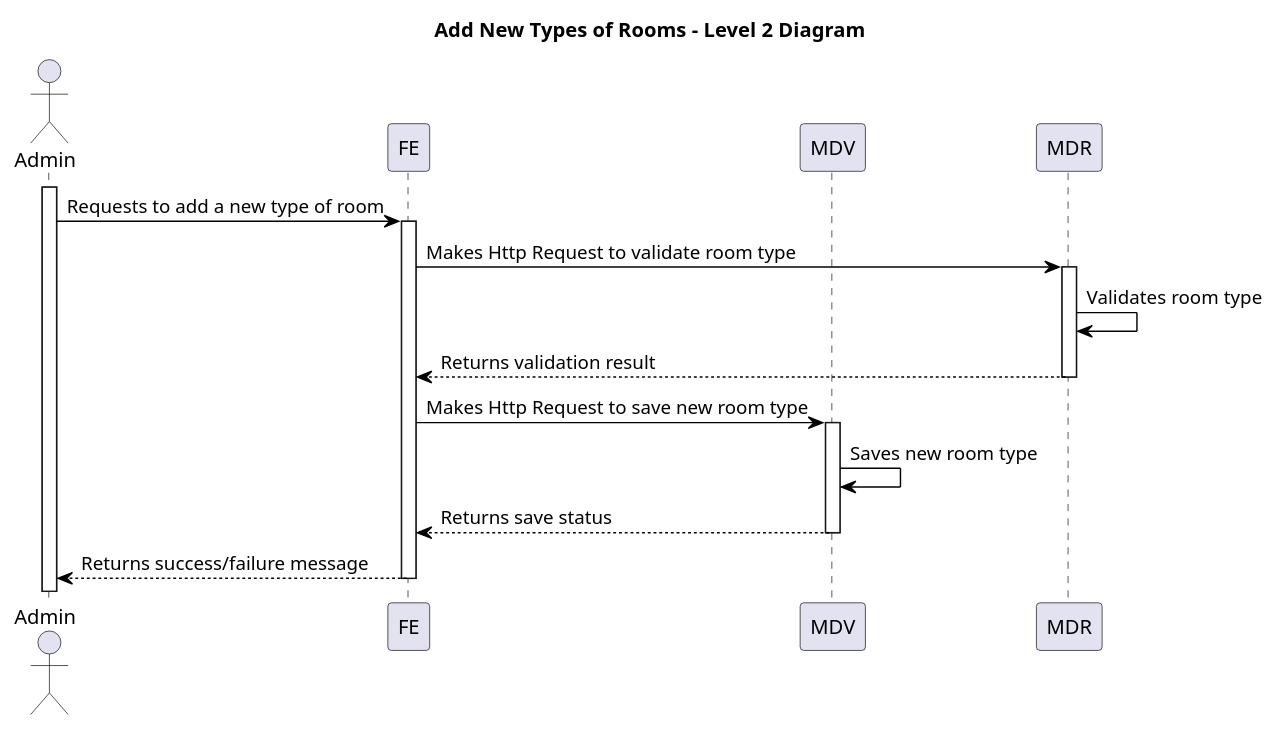
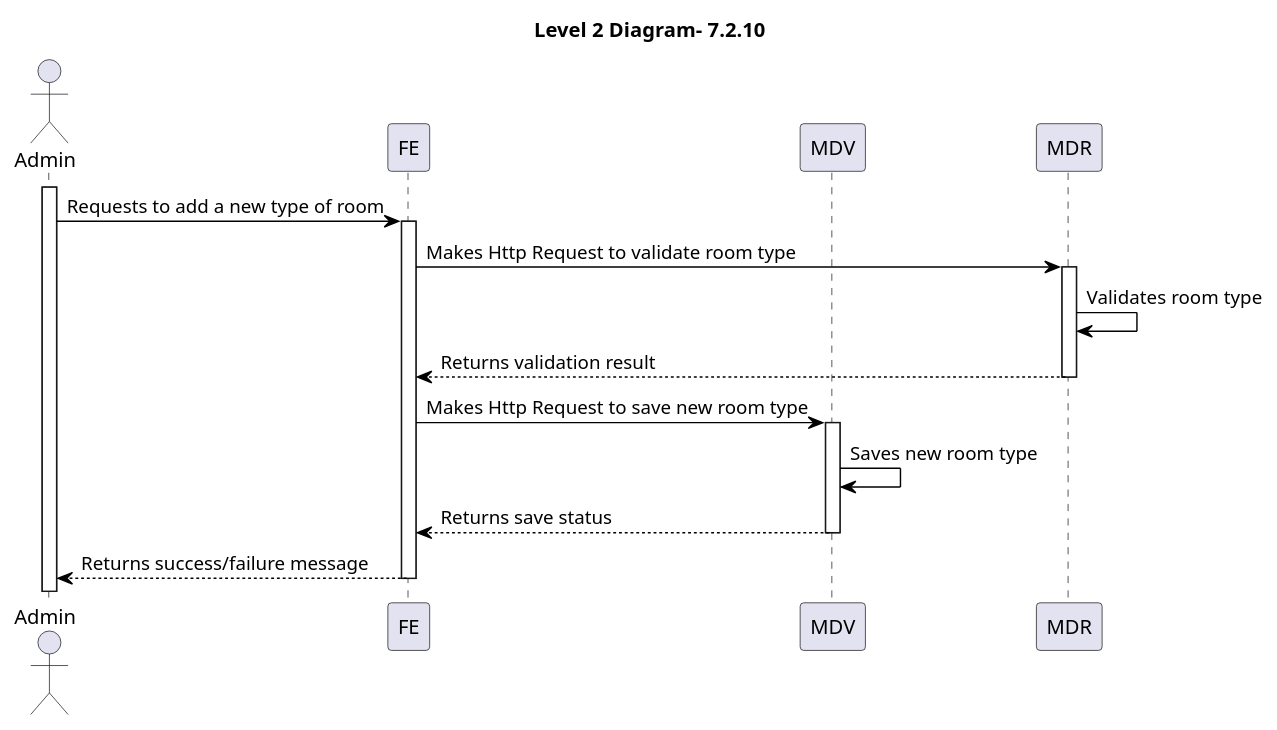
One commit to vscosousa/LAPR5_3DC_G15 changed the diagram in docs/sprint_C/us_7.2.10/level_2/level_2.puml. Above: the diagram before and after it, drawn with PlantUML. The commit also changed 11 other files, not shown here.

```diff
--- a/docs/sprint_C/us_7.2.10/level_2/level_2.puml
+++ b/docs/sprint_C/us_7.2.10/level_2/level_2.puml
@@ -1,40 +1,39 @@
 @startuml add_room_types_level_2
 
-title Add New Types of Rooms - Level 2 Diagram
-
+title Level 2 Diagram- 7.2.10
 hide empty members
 
 skinparam class {
     BackgroundColor<<valueObject>> #D6EAF8
     BackgroundColor<<root>> #FDEBD0
     BackgroundColor<<service>> #D1F2EB
     BackgroundColor #FEF9E7
     ArrowColor Black
 }
 
 skinparam package {
     BackgroundColor #EBF5FB
 }
 
 actor Admin as A
 participant FE as FE
 participant MDV as MDV
 participant MDR as MDR
 
 activate A
 A -> FE: Requests to add a new type of room
 activate FE
 FE -> MDR: Makes Http Request to validate room type
 activate MDR
 MDR -> MDR: Validates room type
 MDR --> FE: Returns validation result
 deactivate MDR
 FE -> MDV: Makes Http Request to save new room type
 activate MDV
 MDV -> MDV: Saves new room type
 MDV --> FE: Returns save status
 deactivate MDV
 FE --> A: Returns success/failure message
 deactivate FE
 
 @enduml
```
